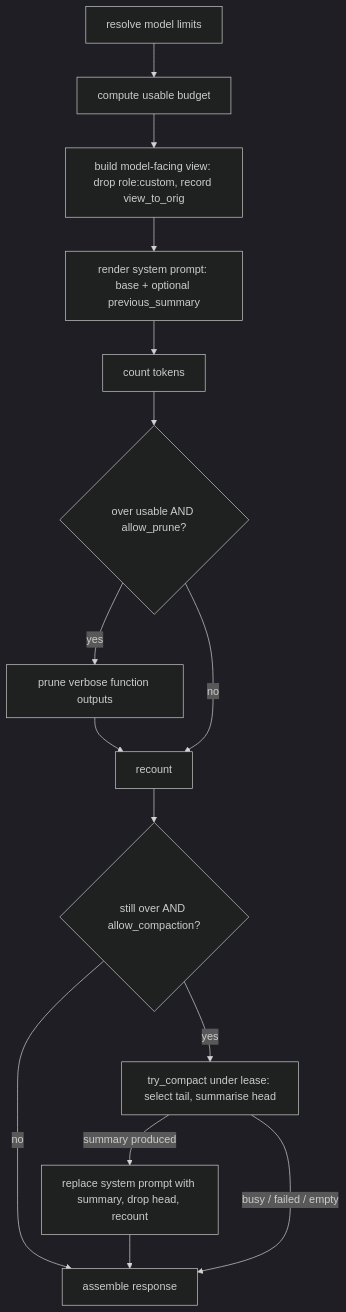
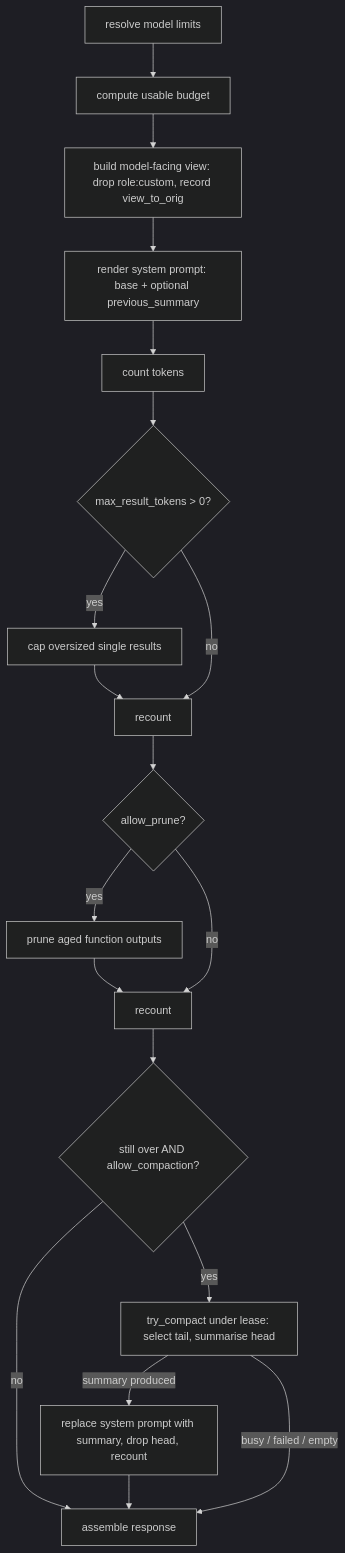
Before and after one commit to iii-hq/workers: the second of 3 diagrams in context-manager/architecture/internals.md, drawn with Mermaid (dark theme). The commit also changed other lines of this file and 2 other files, not shown here.

First line of the commit message:
docs(context-manager): reconcile architecture docs with the cap+prune pipeline

````diff
--- a/context-manager/architecture/internals.md
+++ b/context-manager/architecture/internals.md
@@ -75,15 +75,18 @@
 ```mermaid
 flowchart TD
   A[resolve model limits] --> B[compute usable budget]
   B --> C["build model-facing view: drop role:custom, record view_to_orig"]
   C --> D["render system prompt: base + optional previous_summary"]
   D --> E[count tokens]
-  E --> F{over usable AND allow_prune?}
-  F -->|yes| G[prune verbose function outputs] --> H[recount]
+  E --> F{max_result_tokens > 0?}
+  F -->|yes| G[cap oversized single results] --> H[recount]
   F -->|no| H
-  H --> I{still over AND allow_compaction?}
-  I -->|yes| J["try_compact under lease: select tail, summarise head"]
-  I -->|no| K[assemble response]
-  J -->|summary produced| L["replace system prompt with summary, drop head, recount"] --> K
-  J -->|busy / failed / empty| K
+  H --> I{allow_prune?}
+  I -->|yes| J[prune aged function outputs] --> K[recount]
+  I -->|no| K
+  K --> L{still over AND allow_compaction?}
+  L -->|yes| M["try_compact under lease: select tail, summarise head"]
+  L -->|no| N[assemble response]
+  M -->|summary produced| O["replace system prompt with summary, drop head, recount"] --> N
+  M -->|busy / failed / empty| N
 ```
````
